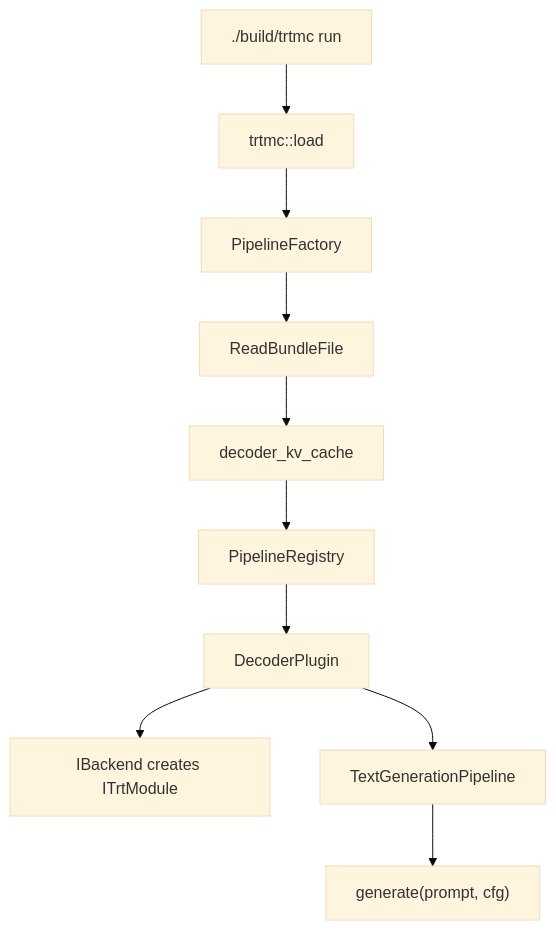
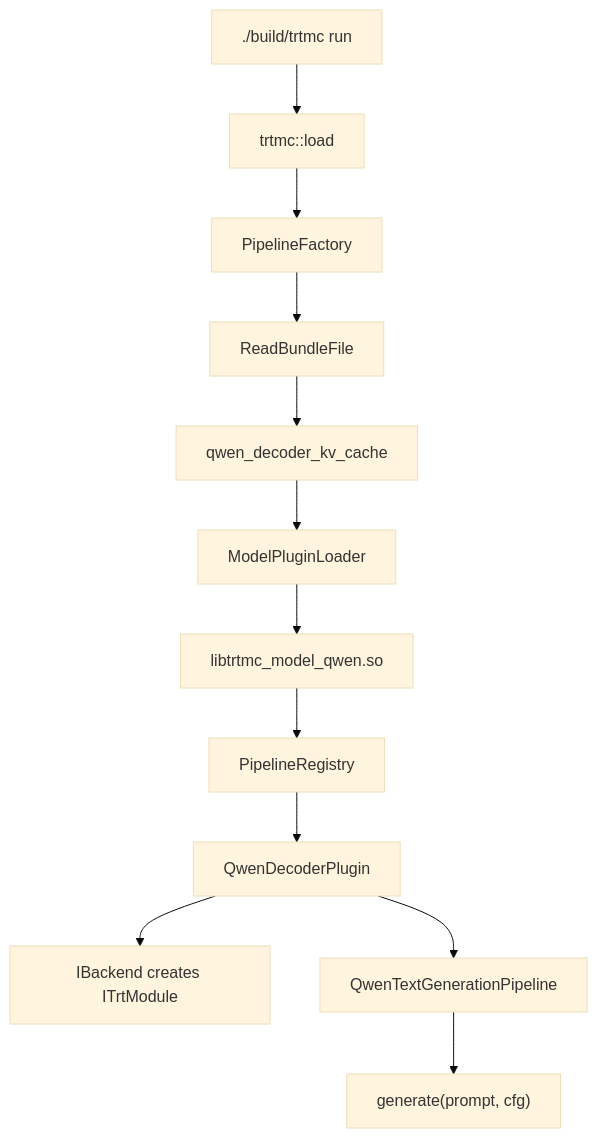
One commit to AbishekCoder1/TensorRT-Model-Connect changed the second of 2 diagrams in website/docs/tutorials/beginner/text-generation.md. Above: the diagram before and after it, drawn with Mermaid (base theme). The commit also changed other lines of this file and 83 other files, not shown here.

````diff
--- a/website/docs/tutorials/beginner/text-generation.md
+++ b/website/docs/tutorials/beginner/text-generation.md
@@ -184,12 +187,14 @@
 ```mermaid
 flowchart TD
   Run["./build/trtmc run"] --> Load["trtmc::load"]
   Load --> Factory["PipelineFactory"]
   Factory --> Read["ReadBundleFile"]
-  Read --> Strategy["decoder_kv_cache"]
-  Strategy --> Registry["PipelineRegistry"]
-  Registry --> Plugin["DecoderPlugin"]
+  Read --> Strategy["qwen_decoder_kv_cache"]
+  Strategy --> Loader["ModelPluginLoader"]
+  Loader --> DSO["libtrtmc_model_qwen.so"]
+  DSO --> Registry["PipelineRegistry"]
+  Registry --> Plugin["QwenDecoderPlugin"]
   Plugin --> Backend["IBackend creates ITrtModule"]
-  Plugin --> Pipeline["TextGenerationPipeline"]
+  Plugin --> Pipeline["QwenTextGenerationPipeline"]
   Pipeline --> Generate["generate(prompt, cfg)"]
 ```
````
